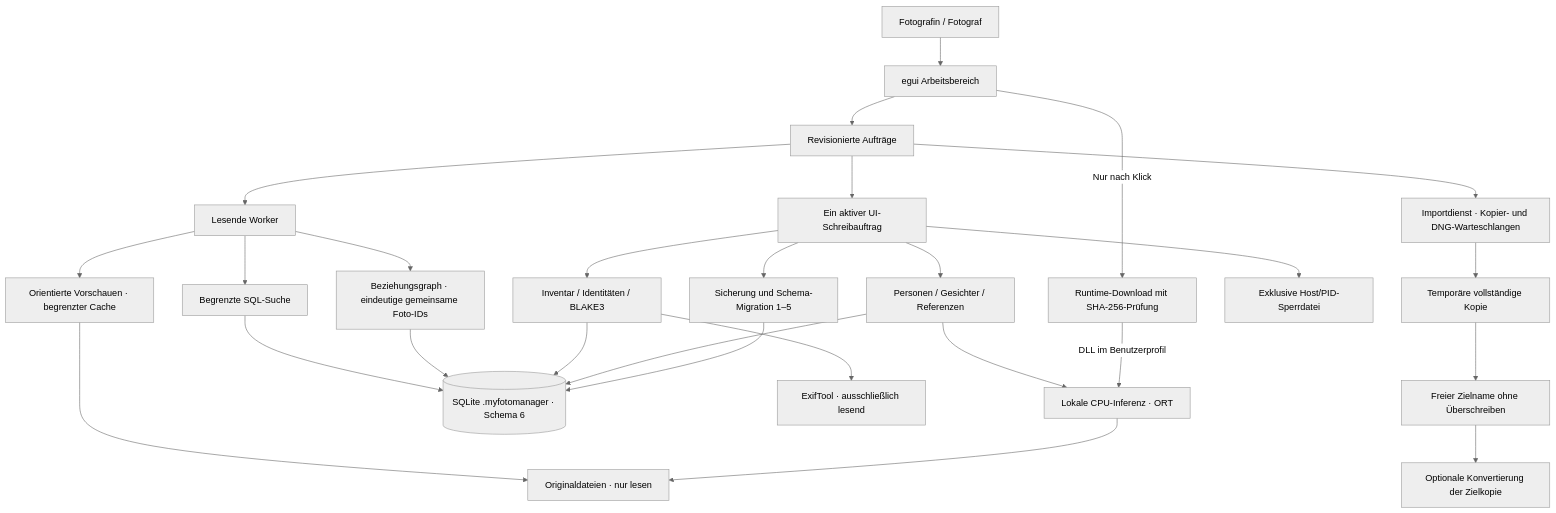
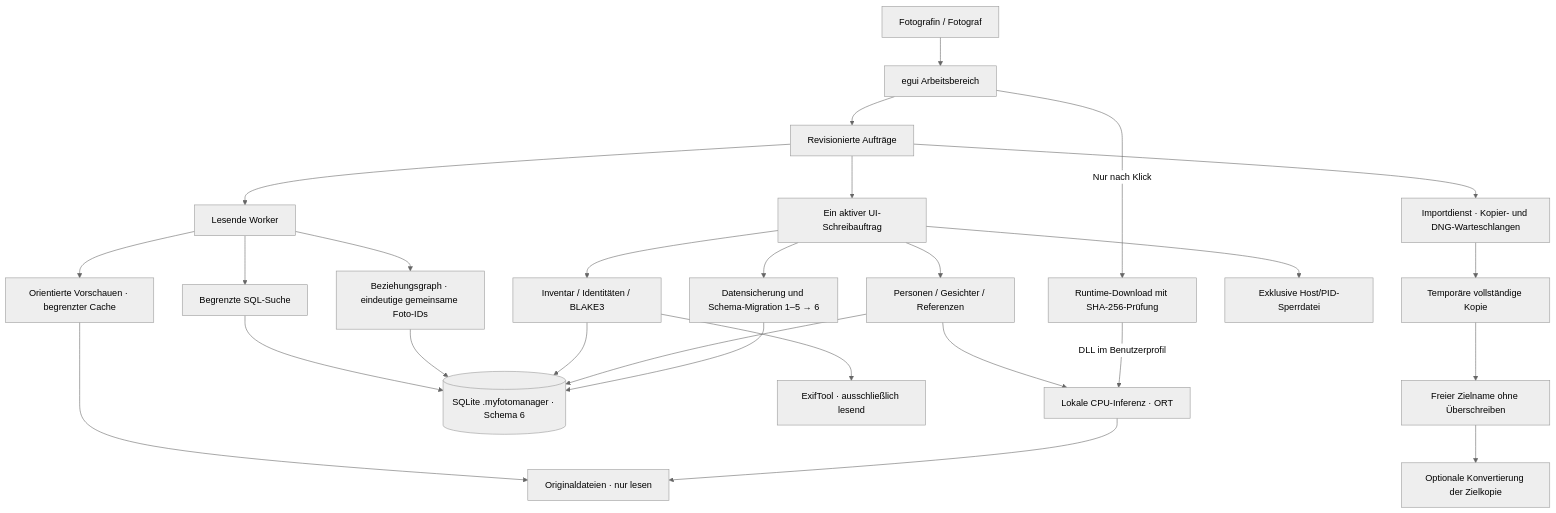
The first of 2 diagrams in docs/architektur.md (hggerdd/foto-importer), drawn with Mermaid (neutral theme) before and after one commit. The commit also changed other lines of this file and 10 other files, not shown here.

````diff
--- a/docs/architektur.md
+++ b/docs/architektur.md
@@ -7,29 +8,29 @@
 ```mermaid
 flowchart TB
     User[Fotografin / Fotograf] --> UI[egui Arbeitsbereich]
     UI --> Commands[Revisionierte Aufträge]
     Commands --> Readers[Lesende Worker]
     Commands --> Writer[Ein aktiver UI-Schreibauftrag]
     Commands --> Copy[Importdienst · Kopier- und DNG-Warteschlangen]
     Readers --> Query[Begrenzte SQL-Suche]
     Readers --> Graph[Beziehungsgraph · eindeutige gemeinsame Foto-IDs]
     Readers --> Preview[Orientierte Vorschauen · begrenzter Cache]
     Writer --> Index[Inventar / Identitäten / BLAKE3]
     Writer --> Faces[Personen / Gesichter / Referenzen]
-    Writer --> Migrations[Sicherung und Schema-Migration 1–5]
+    Writer --> Migrations[Datensicherung und Schema-Migration 1–5 → 6]
     Faces --> ONNX[Lokale CPU-Inferenz · ORT]
     UI -->|Nur nach Klick| Runtime[Runtime-Download mit SHA-256-Prüfung]
     Runtime -->|DLL im Benutzerprofil| ONNX
     Writer --> Lock[Exklusive Host/PID-Sperrdatei]
     Query --> DB[(SQLite .myfotomanager · Schema 6)]
     Graph --> DB
     Index --> DB
     Faces --> DB
     Migrations --> DB
     Index --> Exif[ExifTool · ausschließlich lesend]
     Copy --> Stage[Temporäre vollständige Kopie]
     Stage --> Target[Freier Zielname ohne Überschreiben]
     Target --> Adobe[Optionale Konvertierung der Zielkopie]
     Preview --> Originals[Originaldateien · nur lesen]
     ONNX --> Originals
 ```
````
